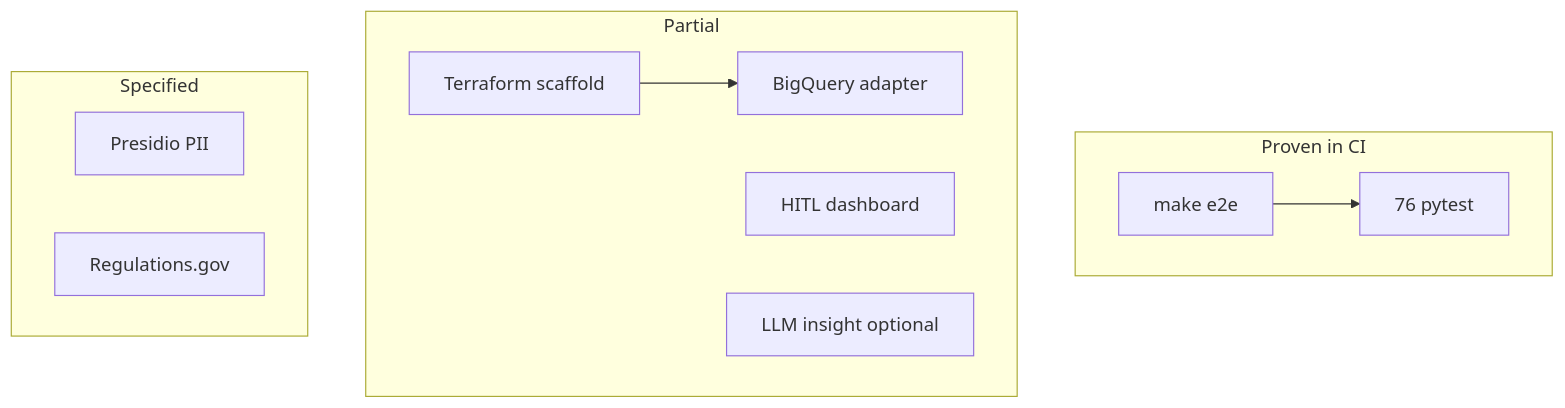
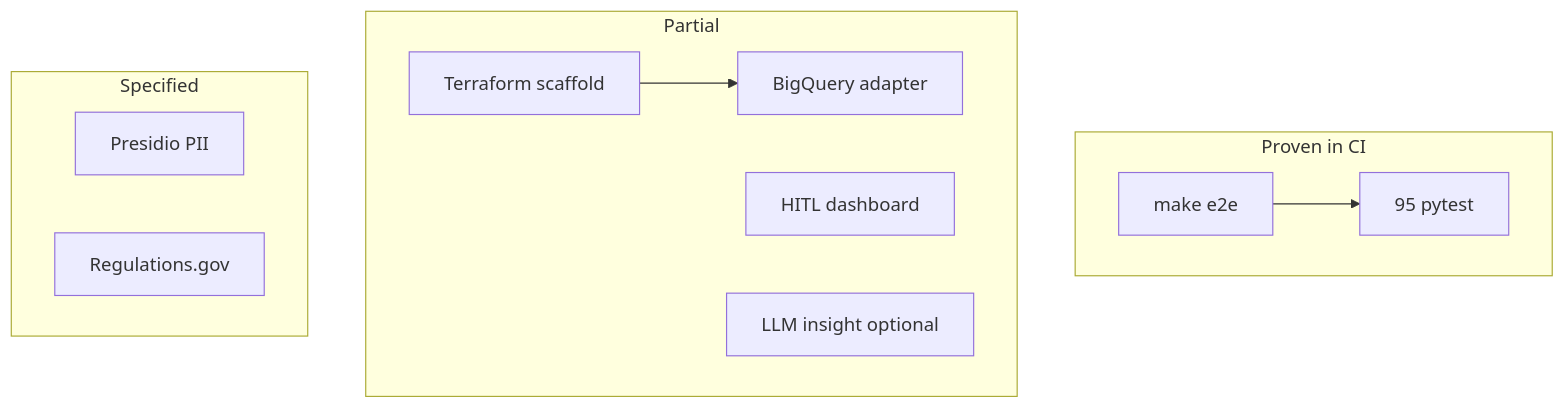
The diagram in docs/FINAL-REVIEW.md (khaosans/operator-etl), drawn with Mermaid before and after one commit. The commit also changed other lines of this file and 9 other files, not shown here.

````diff
--- a/docs/FINAL-REVIEW.md
+++ b/docs/FINAL-REVIEW.md
@@ -52,22 +52,22 @@
 ```mermaid
 flowchart TB
   subgraph proven [Proven in CI]
     E2E[make e2e]
-    Pytest[76 pytest]
+    Pytest[95 pytest]
   end
 
   subgraph partial [Partial]
     TF[Terraform scaffold]
     BQ[BigQuery adapter]
     HITL[HITL dashboard]
     LLM[LLM insight optional]
   end
 
   subgraph specified [Specified]
     Presidio[Presidio PII]
     RegGov[Regulations.gov]
   end
 
   E2E --> Pytest
   TF --> BQ
 ```
````
